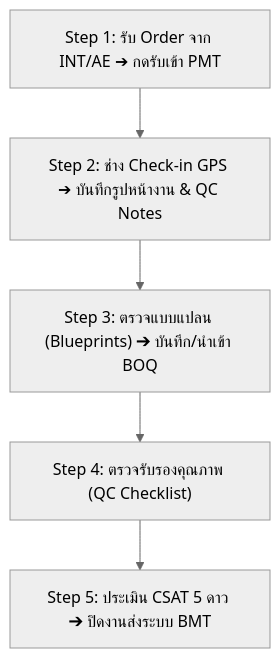
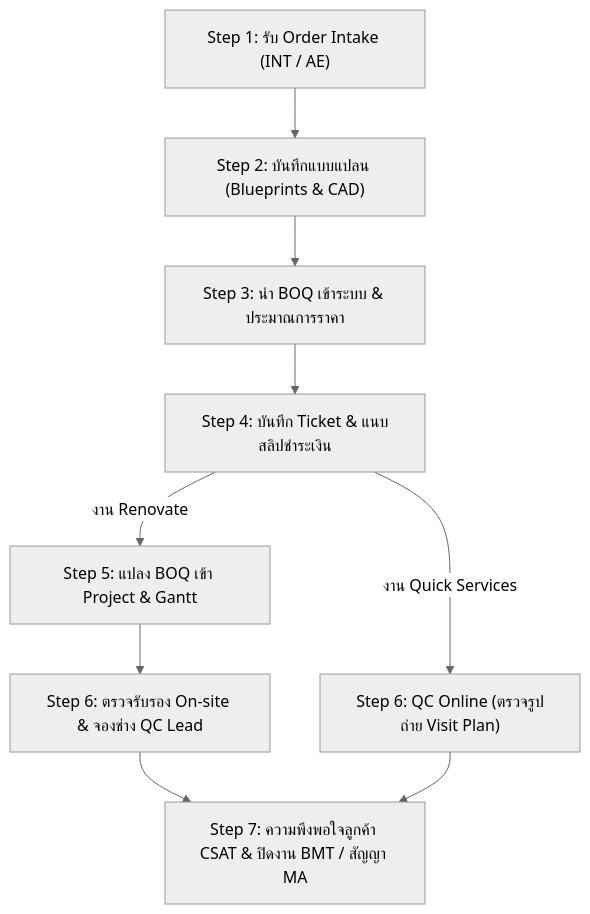
One commit to isarachootip/pmt_flow changed the second of 2 diagrams in doc/PMT_Flow_User_Training_Manual.md. Above: the diagram before and after it, drawn with Mermaid (neutral theme). The commit also changed other lines of this file and 6 other files, not shown here.

Commit message:
docs: enforce mandatory online manual updates in pmt_flow_skill.md and sync Step 4-6 docs with quick qc flow

````diff
--- a/doc/PMT_Flow_User_Training_Manual.md
+++ b/doc/PMT_Flow_User_Training_Manual.md
@@ -53,7 +57,14 @@
 ```mermaid
 graph TD
-    S1["Step 1: รับ Order จาก INT/AE ➔ กดรับเข้า PMT"] --> S2["Step 2: ช่าง Check-in GPS ➔ บันทึกรูปหน้างาน & QC Notes"]
-    S2 --> S3["Step 3: ตรวจแบบแปลน (Blueprints) ➔ บันทึก/นำเข้า BOQ"]
-    S3 --> S4["Step 4: ตรวจรับรองคุณภาพ (QC Checklist)"]
-    S4 --> S5["Step 5: ประเมิน CSAT 5 ดาว ➔ ปิดงานส่งระบบ BMT"]
+    S1["Step 1: รับ Order Intake (INT / AE)"] --> S2["Step 2: บันทึกแบบแปลน (Blueprints & CAD)"]
+    S2 --> S3["Step 3: นำ BOQ เข้าระบบ & ประมาณการราคา"]
+    S3 --> S4["Step 4: บันทึก Ticket & แนบสลิปชำระเงิน"]
+    
+    S4 -->|งาน Renovate| S5["Step 5: แปลง BOQ เข้า Project & Gantt"]
+    S5 --> S6R["Step 6: ตรวจรับรอง On-site & จองช่าง QC Lead"]
+    
+    S4 -->|งาน Quick Services| S6Q["Step 6: QC Online (ตรวจรูปถ่าย Visit Plan)"]
+    
+    S6R --> S7["Step 7: ความพึงพอใจลูกค้า CSAT & ปิดงาน BMT / สัญญา MA"]
+    S6Q --> S7
 ```
````
